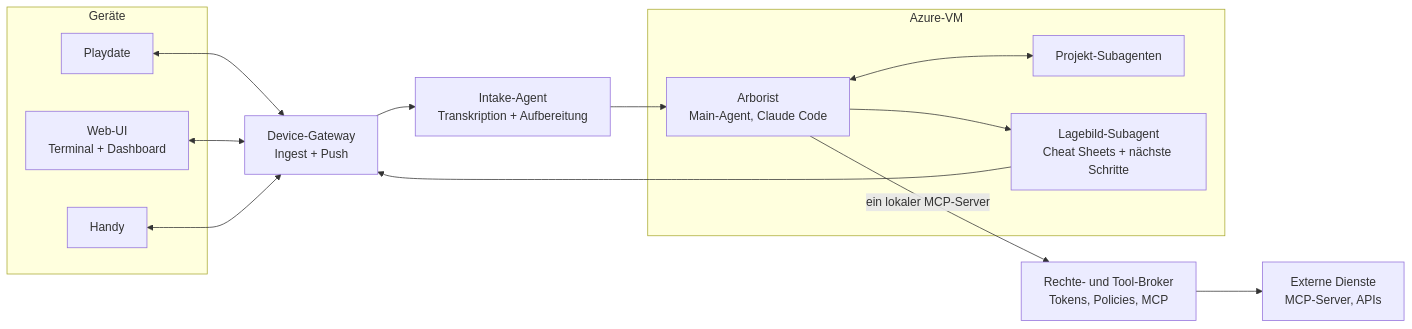
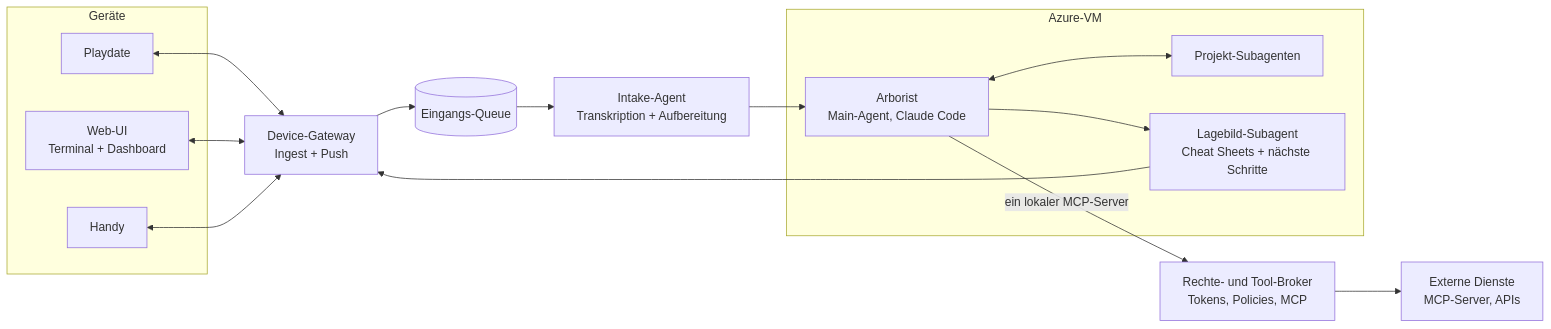
One commit to merlinbecker/playdate-claude-client changed the diagram in docs/vision.md. Above: the diagram before and after it, drawn with Mermaid. The commit also changed other lines of this file, not shown here.

First line of the commit message:
docs: Asynchroner Ablauf mit Eingangs-Queue

````diff
--- a/docs/vision.md
+++ b/docs/vision.md
@@ -16,26 +17,26 @@
 ```mermaid
 flowchart LR
     subgraph Geräte
         PD[Playdate]
         WEB[Web-UI<br/>Terminal + Dashboard]
         PH[Handy]
     end
 
     GW[Device-Gateway<br/>Ingest + Push]
     IN[Intake-Agent<br/>Transkription + Aufbereitung]
 
     subgraph VM[Azure-VM]
         AR[Arborist<br/>Main-Agent, Claude Code]
         SA[Projekt-Subagenten]
         CS[Lagebild-Subagent<br/>Cheat Sheets + nächste Schritte]
     end
 
     BR[Rechte- und Tool-Broker<br/>Tokens, Policies, MCP]
     EXT[Externe Dienste<br/>MCP-Server, APIs]
 
     PD & WEB & PH <--> GW
-    GW --> IN --> AR
+    GW --> Q[(Eingangs-Queue)] --> IN --> AR
     AR <--> SA
     AR --> CS --> GW
     AR -- ein lokaler MCP-Server --> BR --> EXT
 ```
````
